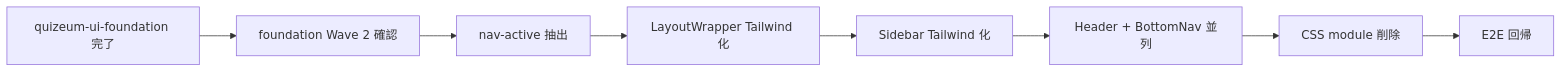
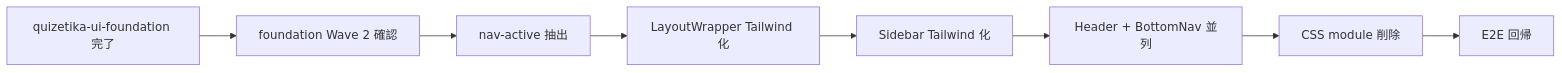
The fourth of 4 diagrams in .kiro/specs/quizeum-ui-layout-shell/design.md (npressoworks/quizetika), drawn with Mermaid before and after one commit. The commit also changed other lines of this file and 207 other files, not shown here.

````diff
--- a/.kiro/specs/quizeum-ui-layout-shell/design.md
+++ b/.kiro/specs/quizeum-ui-layout-shell/design.md
@@ -405,19 +405,19 @@
 ```mermaid
 flowchart LR
-    F0[quizeum-ui-foundation 完了]
+    F0[quizetika-ui-foundation 完了]
     S1[foundation Wave 2 確認]
     S2[nav-active 抽出]
     S3[LayoutWrapper Tailwind 化]
     S4[Sidebar Tailwind 化]
     S5[Header + BottomNav 並列]
     S6[CSS module 削除]
     S7[E2E 回帰]
 
     F0 --> S1
     S1 --> S2
     S2 --> S3
     S3 --> S4
     S4 --> S5
     S5 --> S6
     S6 --> S7
 ```
````
